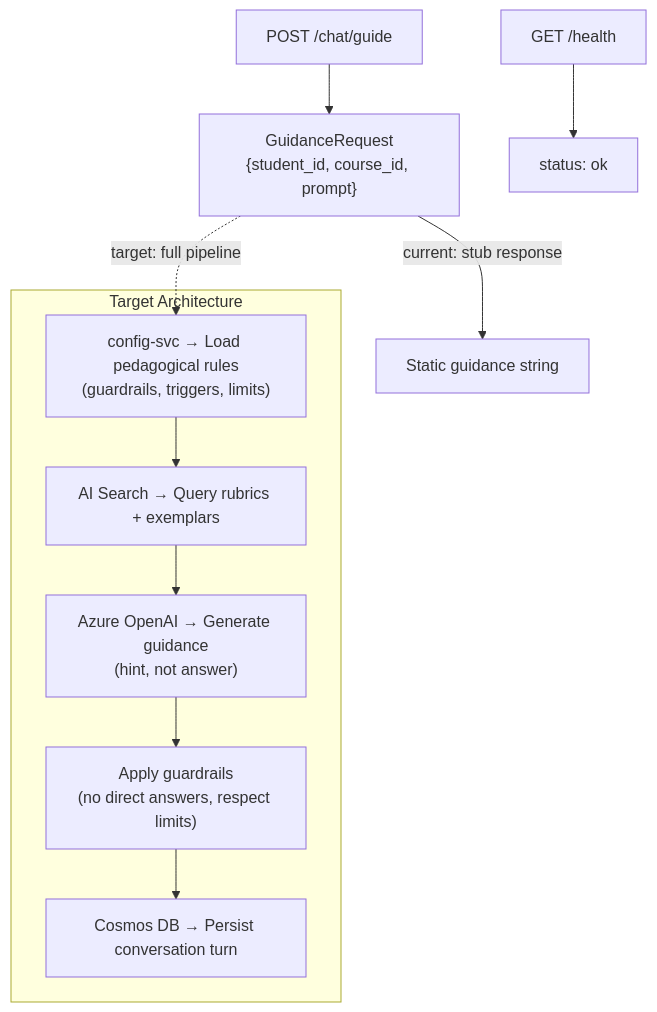
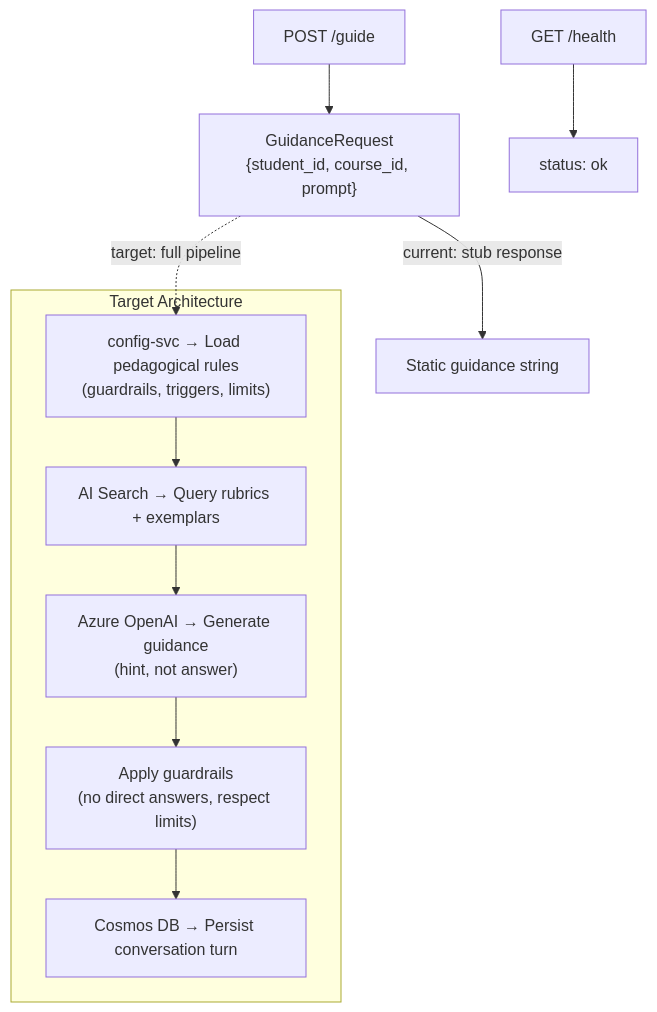
One commit to Azure-Samples/tutor changed diagram 25 of 26 in docs/architecture.md. Above: the diagram before and after it, drawn with Mermaid. The commit also changed other lines of this file and 43 other files, not shown here.

````diff
--- a/docs/architecture.md
+++ b/docs/architecture.md
@@ -1152,19 +1160,19 @@
 ```mermaid
 flowchart TD
-    API["POST /chat/guide"]
+    API["POST /guide"]
     REQ["GuidanceRequest\n{student_id, course_id, prompt}"]
     HEALTH["GET /health"]
 
     subgraph Target["Target Architecture"]
         RULES["config-svc → Load pedagogical rules\n(guardrails, triggers, limits)"]
         RAG["AI Search → Query rubrics + exemplars"]
         LLM["Azure OpenAI → Generate guidance\n(hint, not answer)"]
         GUARD["Apply guardrails\n(no direct answers, respect limits)"]
         PERSIST["Cosmos DB → Persist conversation turn"]
     end
 
     API --> REQ
     REQ -->|"current: stub response"| RESPONSE["Static guidance string"]
     REQ -.->|"target: full pipeline"| RULES --> RAG --> LLM --> GUARD --> PERSIST
     HEALTH --> OK["status: ok"]
 ```
````
